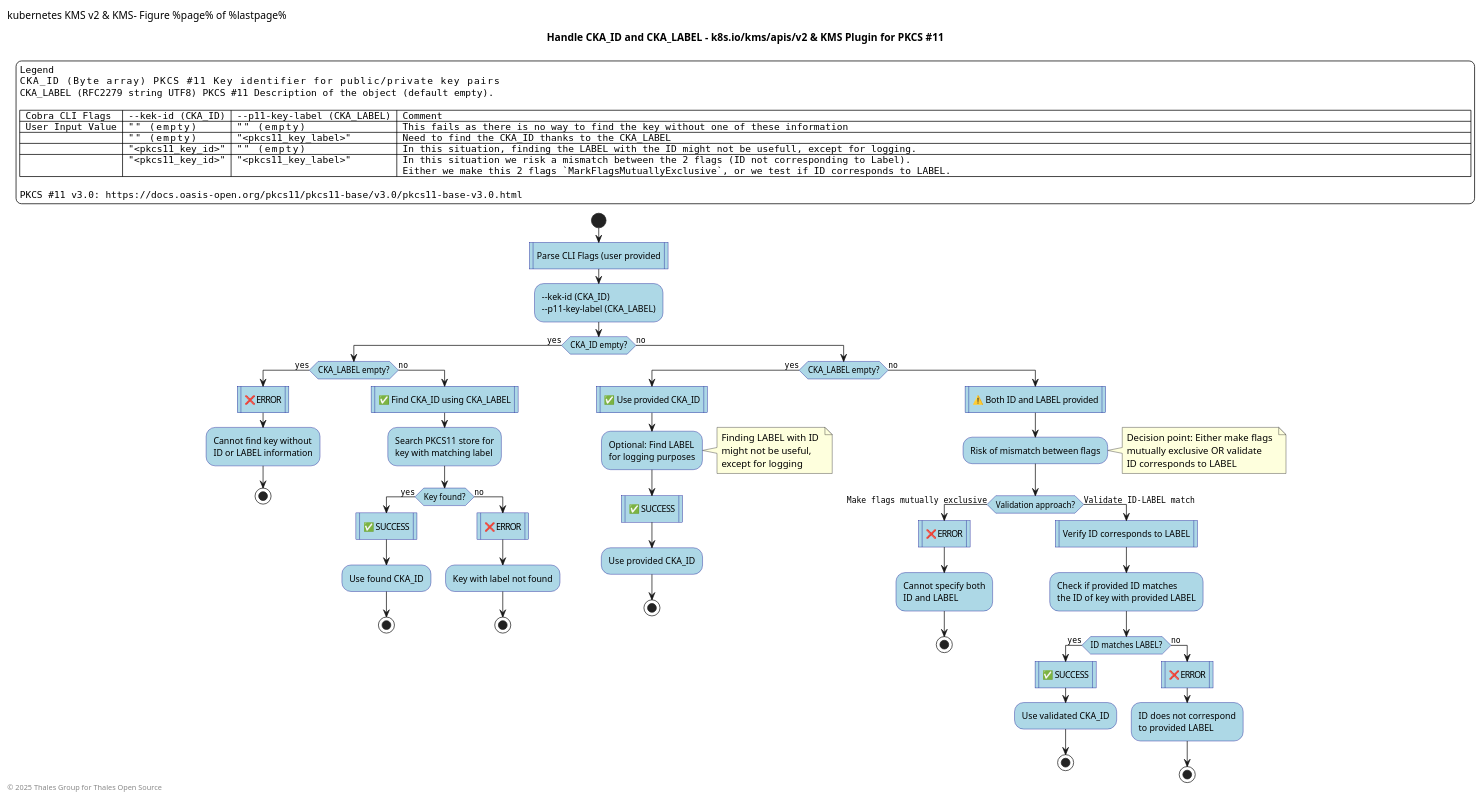
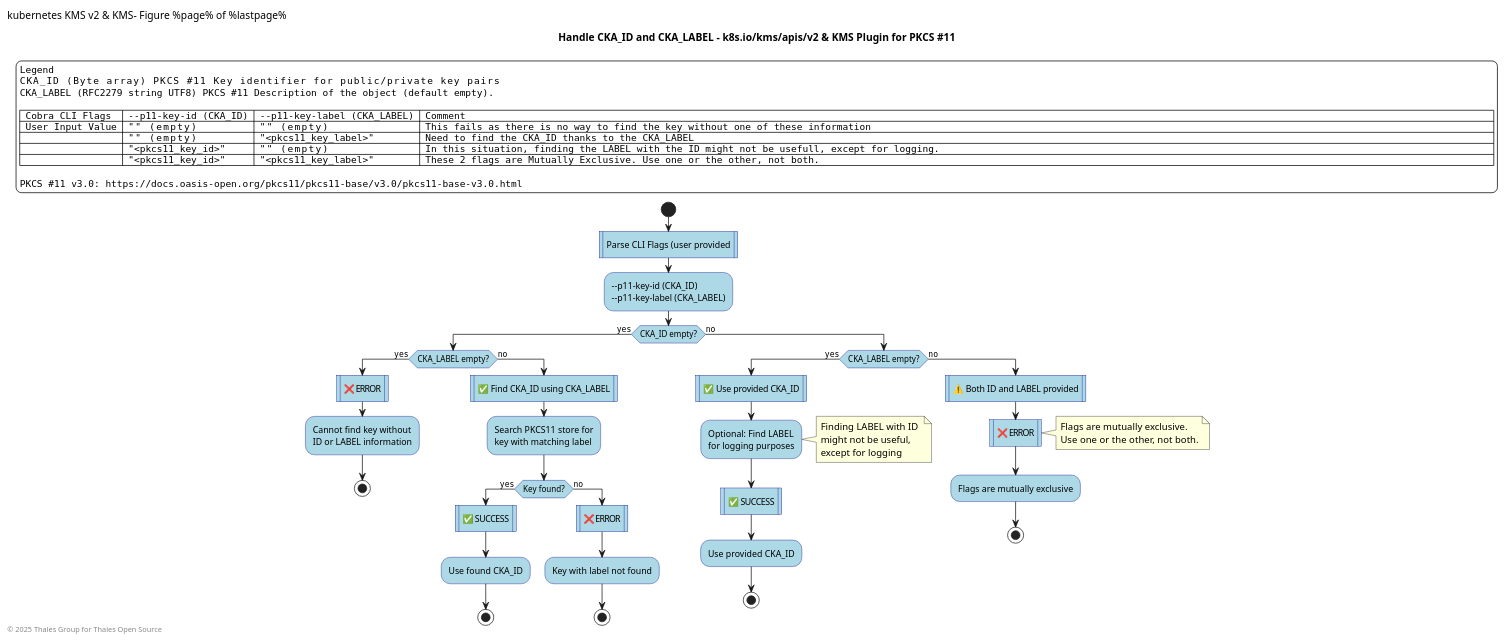
One commit to ThalesGroup/k8s-kms-plugin changed the diagram in docs/puml-diagrams/inputs_cka_id_cka_label.puml. Above: the diagram before and after it, drawn with PlantUML.

Commit message:
update with latest flags

```diff
--- a/docs/puml-diagrams/inputs_cka_id_cka_label.puml
+++ b/docs/puml-diagrams/inputs_cka_id_cka_label.puml
@@ -1,137 +1,116 @@
 @startuml CKA_ID and CKA_LABEL
 
 '=============================================================================='
 '== PlantUML Appearance parameters ============================================'
 '=============================================================================='
 '!theme plain
 skinparam shadowing false
 'skinparam backgroundColor transparent
 
 ' enable arrows on same level
 '!pragma teoz true
 
 skinparam legend {
   FontSize 13
   FontName DejaVu Sans Mono
   BorderColor black
   BackgroundColor white
   Aignment left
 }
 
 
 skinparam ArrowFontName DejaVu Sans Mono
 
 
 skinparam defaultTextAlignment left
 skinparam activity {
   BackgroundColor lightblue
   BorderColor darkblue
 }
 skinparam decision {
   BackgroundColor lightyellow
   BorderColor orange
 }
 
 '=============================================================================='
 '== Title ====================================================================='
 '=============================================================================='
 title
     Handle CKA_ID and CKA_LABEL - k8s.io/kms/apis/v2 & KMS Plugin for PKCS #11
 end title
 
 skinparam HeaderFontSize 14
 header <font color=black>kubernetes KMS v2 & KMS- Figure %page% of %lastpage%</font>
 footer © 2025 Thales Group for Thales Open Source
 
 ' Legend
 legend top left
     Legend
     CKA_ID    (Byte array)          PKCS #11 Key identifier for public/private key pairs
     CKA_LABEL (RFC2279 string UTF8) PKCS #11 Description of the object (default empty).
 
-| Cobra CLI Flags  | --kek-id (CKA_ID) | --p11-key-label (CKA_LABEL) | Comment                                                                                                                                                                                    |
-| User Input Value | ""   (empty)      | ""   (empty)                | This fails as there is no way to find the key without one of these information                                                                                                             |
-|                  | ""   (empty)      | "<pkcs11_key_label>"        | Need to find the CKA_ID thanks to the CKA_LABEL                                                                                                                                            |
-|                  | "<pkcs11_key_id>" | ""   (empty)                | In this situation, finding the LABEL with the ID might not be usefull, except for logging.                                                                                                 |
-|                  | "<pkcs11_key_id>" | "<pkcs11_key_label>"        | In this situation we risk a mismatch between the 2 flags (ID not corresponding to Label).\n Either we make this 2 flags `MarkFlagsMutuallyExclusive`, or we test if ID corresponds to LABEL. |
+| Cobra CLI Flags  | --p11-key-id (CKA_ID) | --p11-key-label (CKA_LABEL) | Comment                                                                                                                                                                                    |
+| User Input Value | ""   (empty)          | ""   (empty)                | This fails as there is no way to find the key without one of these information              |
+|                  | ""   (empty)          | "<pkcs11_key_label>"        | Need to find the CKA_ID thanks to the CKA_LABEL                                             |
+|                  | "<pkcs11_key_id>"     | ""   (empty)                | In this situation, finding the LABEL with the ID might not be usefull, except for logging.  |
+|                  | "<pkcs11_key_id>"     | "<pkcs11_key_label>"        | These 2 flags are Mutually Exclusive. Use one or the other, not both.                       |
 
     PKCS #11 v3.0: https://docs.oasis-open.org/pkcs11/pkcs11-base/v3.0/pkcs11-base-v3.0.html
 end legend
 
 '=============================================================================='
 '== Sequence diagram begins ==================================================='
 '=============================================================================='
 
 start
 
 :Parse CLI Flags (user provided|
-:--kek-id (CKA_ID)
+:--p11-key-id (CKA_ID)
 --p11-key-label (CKA_LABEL);
 
 if (CKA_ID empty?) then (yes)
   if (CKA_LABEL empty?) then (yes)
     :❌ ERROR|
     :Cannot find key without 
     ID or LABEL information;
     stop
   else (no)
     :✅ Find CKA_ID using CKA_LABEL|
     :Search PKCS11 store for 
     key with matching label;
     if (Key found?) then (yes)
       :✅ SUCCESS|
       :Use found CKA_ID;
       stop
     else (no)
       :❌ ERROR|
       :Key with label not found;
       stop
     endif
   endif
 else (no)
   if (CKA_LABEL empty?) then (yes)
     :✅ Use provided CKA_ID|
     :Optional: Find LABEL 
     for logging purposes;
     note right
       Finding LABEL with ID 
       might not be useful, 
       except for logging
     end note
     :✅ SUCCESS|
     :Use provided CKA_ID;
     stop
   else (no)
     :⚠️ Both ID and LABEL provided|
-    :Risk of mismatch between flags;
-    
+    :❌ ERROR|
     note right
-      Decision point: Either make flags 
-      mutually exclusive OR validate 
-      ID corresponds to LABEL
+      Flags are mutually exclusive.
+      Use one or the other, not both.
     end note
-    
-    if (Validation approach?) then (Make flags mutually exclusive)
-      :❌ ERROR|
-      :Cannot specify both 
-      ID and LABEL;
-      stop
-    else (Validate ID-LABEL match)
-      :Verify ID corresponds to LABEL|
-      :Check if provided ID matches 
-      the ID of key with provided LABEL;
-      if (ID matches LABEL?) then (yes)
-        :✅ SUCCESS|
-        :Use validated CKA_ID;
-        stop
-      else (no)
-        :❌ ERROR|
-        :ID does not correspond 
-        to provided LABEL;
-        stop
-      endif
-    endif
+    :Flags are mutually exclusive;
+    stop
   endif
 endif
 
 @enduml
```
